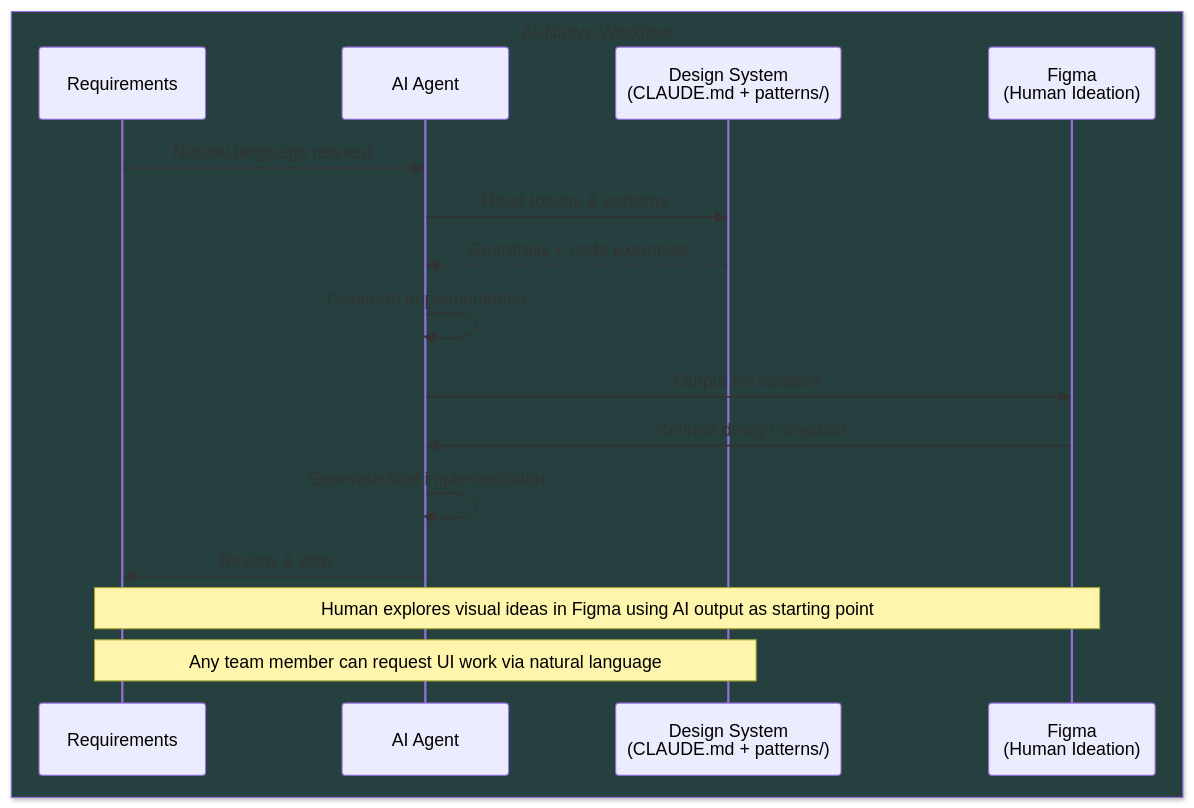
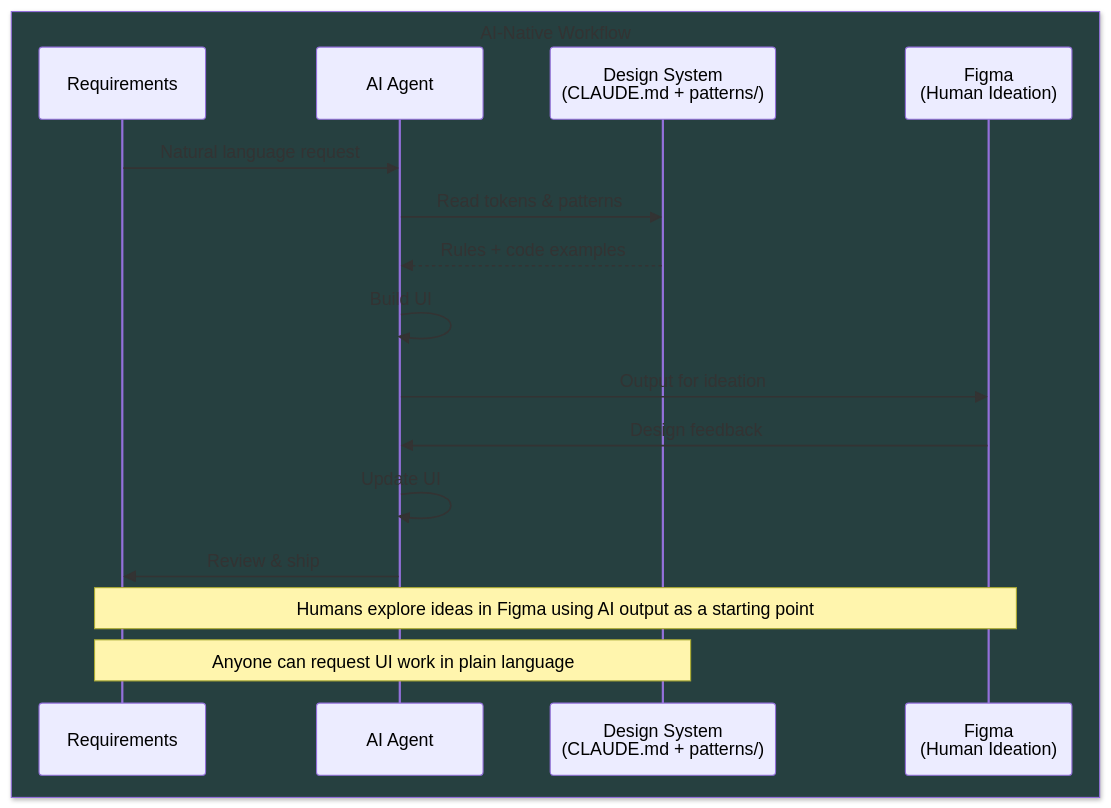
Before and after one commit to YutoNakano/torico-design-system: the second of 3 diagrams in README.md, drawn with Mermaid. The commit also changed other lines of this file, not shown here.

Commit message:
Simplify README language to plain English

````diff
--- a/README.md
+++ b/README.md
@@ -32,20 +34,20 @@
 ```mermaid
 sequenceDiagram
     box rgb(38,64,64) AI-Native Workflow
     participant R as Requirements
     participant AI as AI Agent
     participant DS as Design System<br/>(CLAUDE.md + patterns/)
     participant F as Figma<br/>(Human Ideation)
     end
 
     R->>AI: Natural language request
     AI->>DS: Read tokens & patterns
-    DS-->>AI: Guardrails + code examples
-    AI->>AI: Generate implementation
+    DS-->>AI: Rules + code examples
+    AI->>AI: Build UI
     AI->>F: Output for ideation
-    F->>AI: Refined design direction
-    AI->>AI: Generate final implementation
+    F->>AI: Design feedback
+    AI->>AI: Update UI
     AI->>R: Review & ship
-    Note over R,F: Human explores visual ideas in Figma using AI output as starting point
-    Note over R,DS: Any team member can request UI work via natural language
+    Note over R,F: Humans explore ideas in Figma using AI output as a starting point
+    Note over R,DS: Anyone can request UI work in plain language
 ```
````
